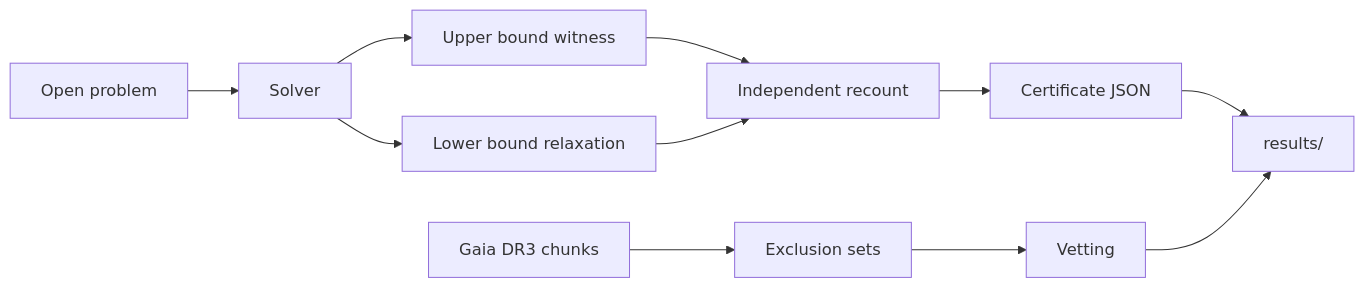
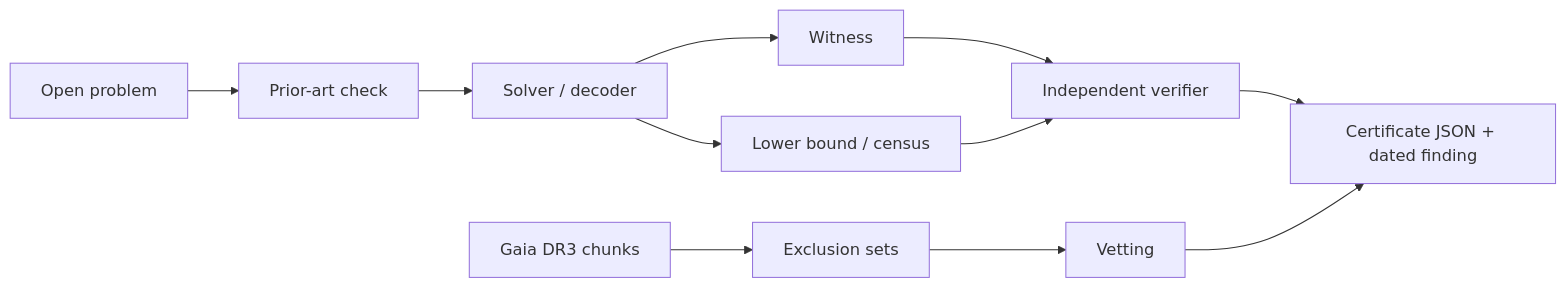
The diagram in README.md (adineo-cmd/open-research-lab), drawn with Mermaid before and after one commit. The commit also changed other lines of this file and 220 other files, not shown here.

````diff
--- a/README.md
+++ b/README.md
@@ -49,13 +61,13 @@
 ```mermaid
 flowchart LR
-  A[Open problem] --> B[Solver]
-  B --> C[Upper bound witness]
-  B --> D[Lower bound relaxation]
-  C --> E[Independent recount]
-  D --> E
-  E --> F[Certificate JSON]
-  F --> G[results/]
+  A[Open problem] --> B[Prior-art check]
+  B --> C[Solver / decoder]
+  C --> D[Witness]
+  C --> E[Lower bound / census]
+  D --> F[Independent verifier]
+  E --> F
+  F --> G[Certificate JSON + dated finding]
   H[Gaia DR3 chunks] --> I[Exclusion sets]
   I --> J[Vetting]
   J --> G
 ```
````
